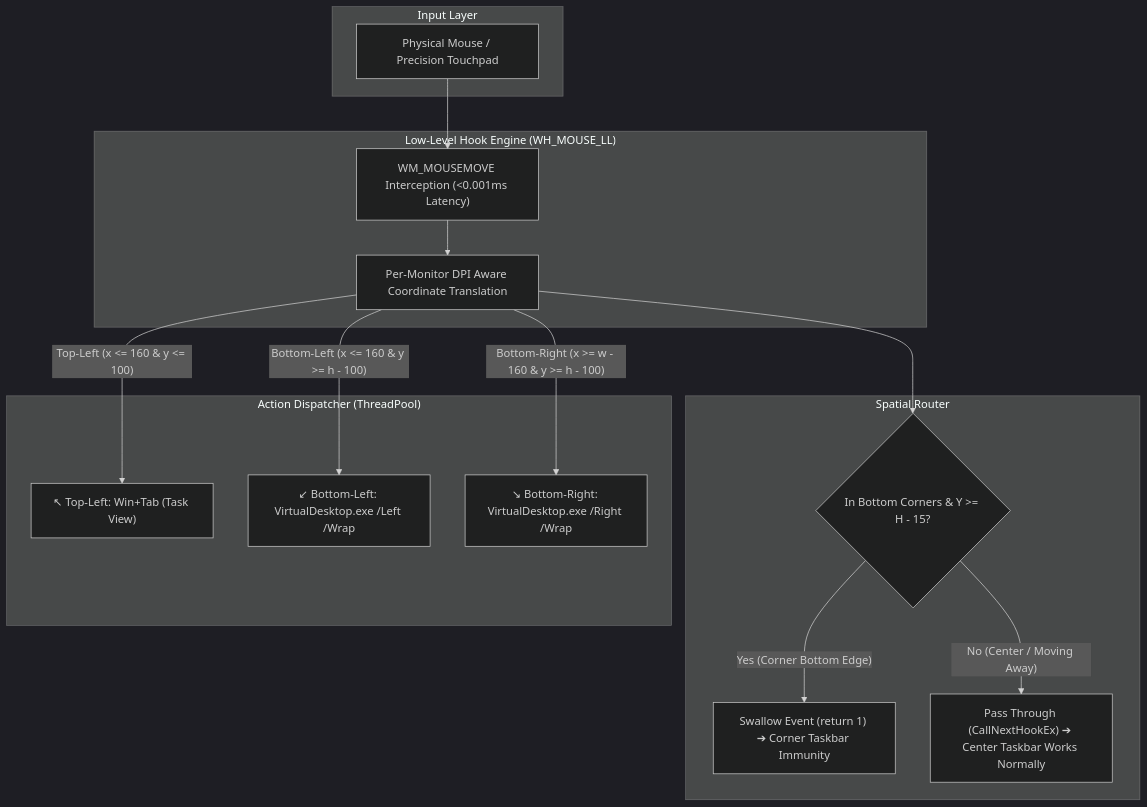
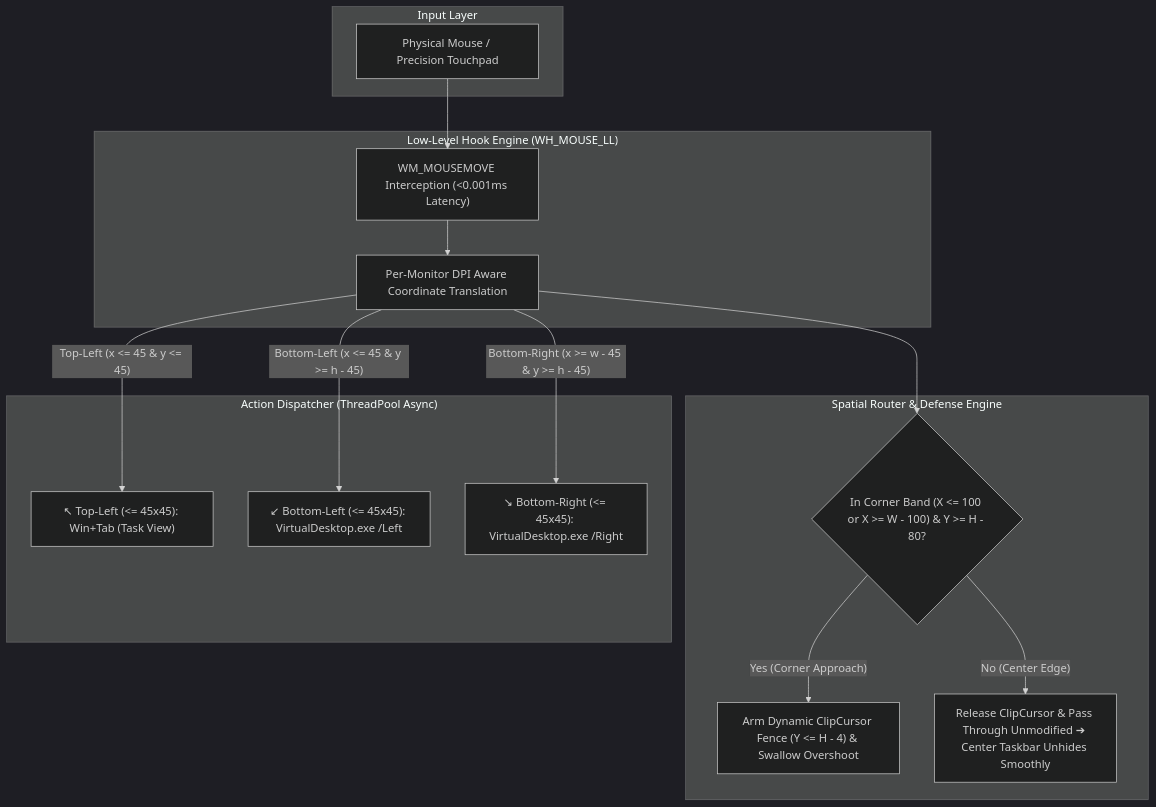
Before and after one commit to vinman2006/HotCorners: the diagram in README.md, drawn with Mermaid (dark theme). The commit also changed other lines of this file and 2 other files, not shown here.

Commit message:
fix: tighten corner hitboxes to 45px and implement 4-layer taskbar defense

````diff
--- a/README.md
+++ b/README.md
@@ -97,30 +98,30 @@
 ```mermaid
 flowchart TD
     subgraph Hardware ["Input Layer"]
         Mouse["Physical Mouse / Precision Touchpad"]
     end
 
     subgraph KernelHook ["Low-Level Hook Engine (WH_MOUSE_LL)"]
         HookProc["WM_MOUSEMOVE Interception (<0.001ms Latency)"]
         DPI["Per-Monitor DPI Aware Coordinate Translation"]
     end
 
-    subgraph Router ["Spatial Router"]
-        CheckCorner{"In Bottom Corners & Y >= H - 15?"}
-        Swallow["Swallow Event (return 1) ➔ Corner Taskbar Immunity"]
-        PassCenter["Pass Through (CallNextHookEx) ➔ Center Taskbar Works Normally"]
+    subgraph Router ["Spatial Router & Defense Engine"]
+        CheckCorner{"In Corner Band (X <= 100 or X >= W - 100) & Y >= H - 80?"}
+        ClipFence["Arm Dynamic ClipCursor Fence (Y <= H - 4) & Swallow Overshoot"]
+        PassCenter["Release ClipCursor & Pass Through Unmodified ➔ Center Taskbar Unhides Smoothly"]
     end
 
-    subgraph Dispatcher ["Action Dispatcher (ThreadPool)"]
-        TopLeft["↖ Top-Left: Win+Tab (Task View)"]
-        BottomLeft["↙ Bottom-Left: VirtualDesktop.exe /Left /Wrap"]
-        BottomRight["↘ Bottom-Right: VirtualDesktop.exe /Right /Wrap"]
+    subgraph Dispatcher ["Action Dispatcher (ThreadPool Async)"]
+        TopLeft["↖ Top-Left (<= 45x45): Win+Tab (Task View)"]
+        BottomLeft["↙ Bottom-Left (<= 45x45): VirtualDesktop.exe /Left"]
+        BottomRight["↘ Bottom-Right (<= 45x45): VirtualDesktop.exe /Right"]
     end
 
     Mouse --> HookProc --> DPI --> CheckCorner
-    CheckCorner -- "Yes (Corner Bottom Edge)" --> Swallow
-    CheckCorner -- "No (Center / Moving Away)" --> PassCenter
-    DPI -- "Top-Left (x <= 160 & y <= 100)" --> TopLeft
-    DPI -- "Bottom-Left (x <= 160 & y >= h - 100)" --> BottomLeft
-    DPI -- "Bottom-Right (x >= w - 160 & y >= h - 100)" --> BottomRight
+    CheckCorner -- "Yes (Corner Approach)" --> ClipFence
+    CheckCorner -- "No (Center Edge)" --> PassCenter
+    DPI -- "Top-Left (x <= 45 & y <= 45)" --> TopLeft
+    DPI -- "Bottom-Left (x <= 45 & y >= h - 45)" --> BottomLeft
+    DPI -- "Bottom-Right (x >= w - 45 & y >= h - 45)" --> BottomRight
 ```
````
